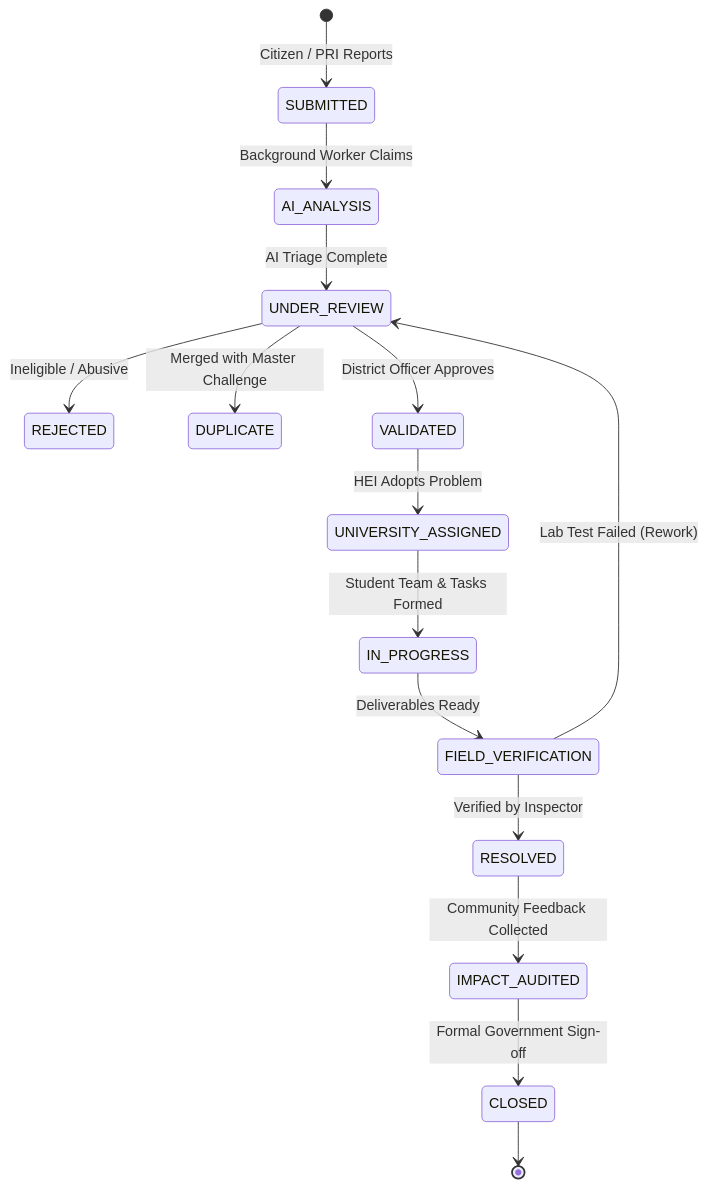
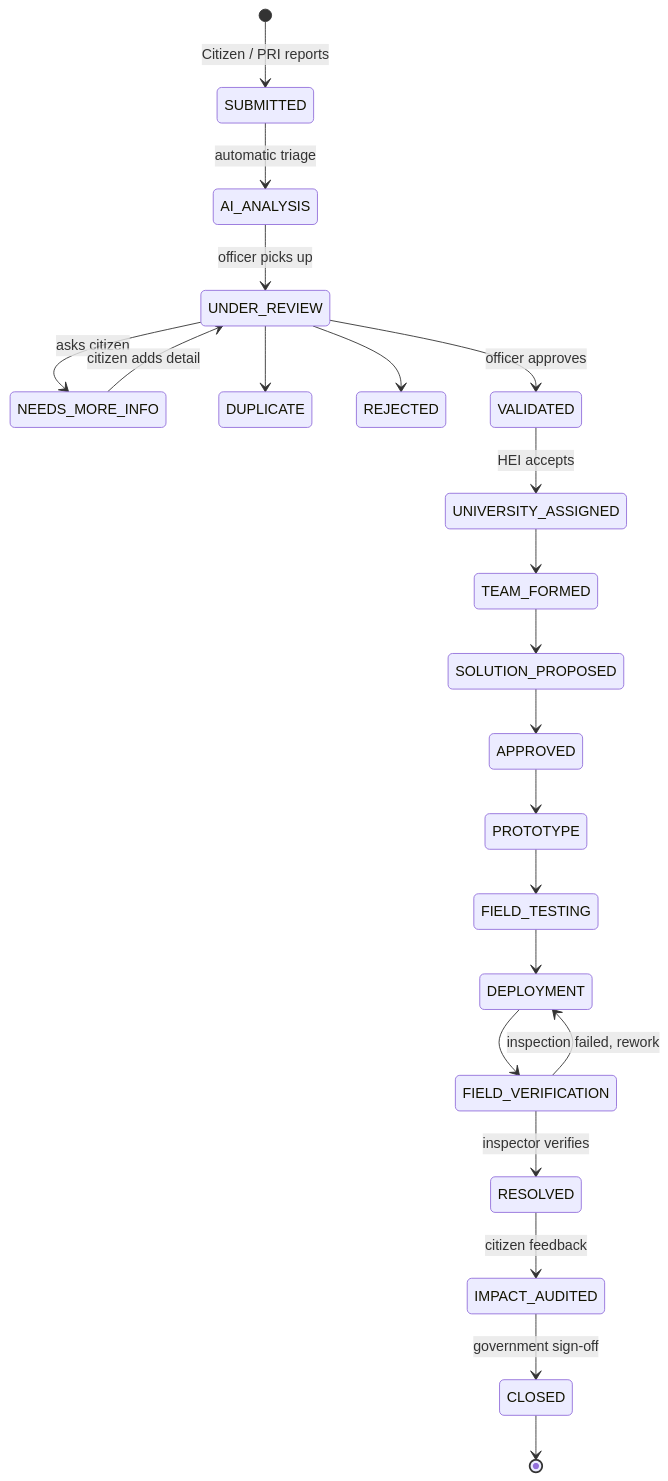
Before and after one commit to kirancodes-dev/Jk: the second of 3 diagrams in README.md, drawn with Mermaid. The commit also changed other lines of this file and 1 other file, not shown here.

First line of the commit message:
docs: rewrite README for evaluators and add team testing guide

````diff
--- a/README.md
+++ b/README.md
@@ -157,21 +105,24 @@
 ```mermaid
 stateDiagram-v2
-    [*] --> SUBMITTED: Citizen / PRI Reports
-    SUBMITTED --> AI_ANALYSIS: Background Worker Claims
-    AI_ANALYSIS --> UNDER_REVIEW: AI Triage Complete
-    
-    UNDER_REVIEW --> REJECTED: Ineligible / Abusive
-    UNDER_REVIEW --> DUPLICATE: Merged with Master Challenge
-    UNDER_REVIEW --> VALIDATED: District Officer Approves
-    
-    VALIDATED --> UNIVERSITY_ASSIGNED: HEI Adopts Problem
-    UNIVERSITY_ASSIGNED --> IN_PROGRESS: Student Team & Tasks Formed
-    IN_PROGRESS --> FIELD_VERIFICATION: Deliverables Ready
-    
-    FIELD_VERIFICATION --> UNDER_REVIEW: Lab Test Failed (Rework)
-    FIELD_VERIFICATION --> RESOLVED: Verified by Inspector
-    
-    RESOLVED --> IMPACT_AUDITED: Community Feedback Collected
-    IMPACT_AUDITED --> CLOSED: Formal Government Sign-off
+    [*] --> SUBMITTED: Citizen / PRI reports
+    SUBMITTED --> AI_ANALYSIS: automatic triage
+    AI_ANALYSIS --> UNDER_REVIEW: officer picks up
+    UNDER_REVIEW --> NEEDS_MORE_INFO: asks citizen
+    NEEDS_MORE_INFO --> UNDER_REVIEW: citizen adds detail
+    UNDER_REVIEW --> DUPLICATE
+    UNDER_REVIEW --> REJECTED
+    UNDER_REVIEW --> VALIDATED: officer approves
+    VALIDATED --> UNIVERSITY_ASSIGNED: HEI accepts
+    UNIVERSITY_ASSIGNED --> TEAM_FORMED
+    TEAM_FORMED --> SOLUTION_PROPOSED
+    SOLUTION_PROPOSED --> APPROVED
+    APPROVED --> PROTOTYPE
+    PROTOTYPE --> FIELD_TESTING
+    FIELD_TESTING --> DEPLOYMENT
+    DEPLOYMENT --> FIELD_VERIFICATION
+    FIELD_VERIFICATION --> DEPLOYMENT: inspection failed, rework
+    FIELD_VERIFICATION --> RESOLVED: inspector verifies
+    RESOLVED --> IMPACT_AUDITED: citizen feedback
+    IMPACT_AUDITED --> CLOSED: government sign-off
     CLOSED --> [*]
 ```
````
